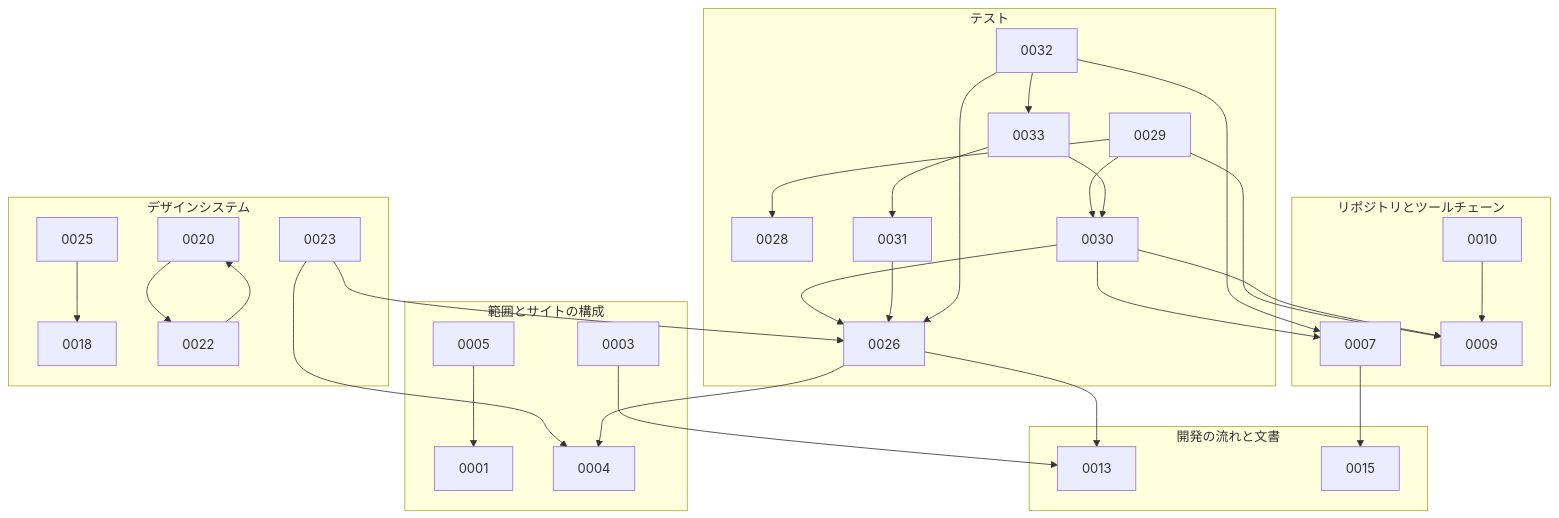
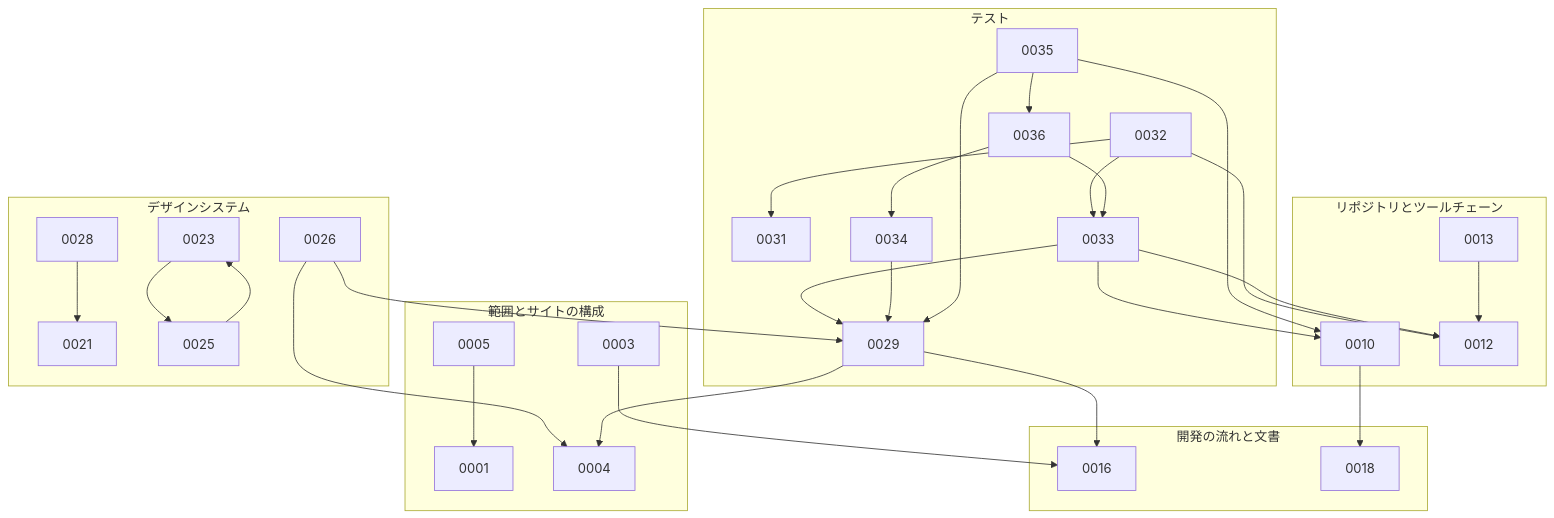
The diagram in docs/adr/index.md (Fukuemon/kufu-apps), drawn with Mermaid before and after one commit. The commit also changed other lines of this file and 56 other files, not shown here.

````diff
--- a/docs/adr/index.md
+++ b/docs/adr/index.md
@@ -84,58 +84,58 @@
 ```mermaid
 flowchart TB
     subgraph scope["範囲とサイトの構成"]
         A0001["0001"]
         A0003["0003"]
         A0004["0004"]
         A0005["0005"]
     end
     subgraph repo["リポジトリとツールチェーン"]
-        A0007["0007"]
-        A0009["0009"]
         A0010["0010"]
+        A0012["0012"]
+        A0013["0013"]
     end
     subgraph flow["開発の流れと文書"]
-        A0013["0013"]
-        A0015["0015"]
+        A0016["0016"]
+        A0018["0018"]
     end
     subgraph ds["デザインシステム"]
-        A0018["0018"]
-        A0020["0020"]
-        A0022["0022"]
+        A0021["0021"]
         A0023["0023"]
         A0025["0025"]
+        A0026["0026"]
+        A0028["0028"]
     end
     subgraph test["テスト"]
-        A0026["0026"]
-        A0028["0028"]
         A0029["0029"]
-        A0030["0030"]
         A0031["0031"]
         A0032["0032"]
         A0033["0033"]
+        A0034["0034"]
+        A0035["0035"]
+        A0036["0036"]
     end
 
-    A0003 --> A0013
+    A0003 --> A0016
     A0005 --> A0001
-    A0007 --> A0015
-    A0010 --> A0009
-    A0020 --> A0022
-    A0022 --> A0020
-    A0023 --> A0004
-    A0023 --> A0026
-    A0025 --> A0018
+    A0010 --> A0018
+    A0013 --> A0012
+    A0023 --> A0025
+    A0025 --> A0023
     A0026 --> A0004
-    A0026 --> A0013
-    A0029 --> A0009
-    A0029 --> A0028
-    A0029 --> A0030
-    A0030 --> A0026
-    A0030 --> A0007
-    A0030 --> A0009
-    A0031 --> A0026
-    A0032 --> A0026
-    A0032 --> A0007
+    A0026 --> A0029
+    A0028 --> A0021
+    A0029 --> A0004
+    A0029 --> A0016
+    A0032 --> A0012
+    A0032 --> A0031
     A0032 --> A0033
-    A0033 --> A0031
-    A0033 --> A0030
+    A0033 --> A0029
+    A0033 --> A0010
+    A0033 --> A0012
+    A0034 --> A0029
+    A0035 --> A0029
+    A0035 --> A0010
+    A0035 --> A0036
+    A0036 --> A0034
+    A0036 --> A0033
 ```
````
